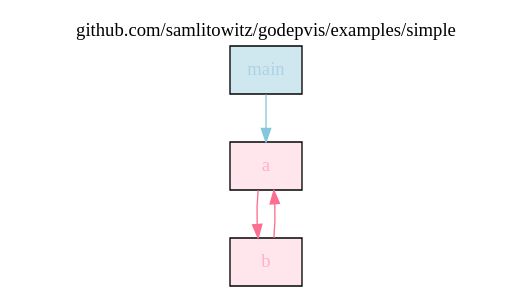
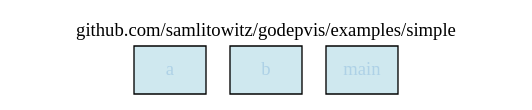
The diagram in assets/examples/simple-palette/package.dot (samlitowitz/godepvis), drawn with Graphviz before and after one commit. The commit also changed 28 other files, not shown here.

```diff
--- a/assets/examples/simple-palette/package.dot
+++ b/assets/examples/simple-palette/package.dot
@@ -1,13 +1,10 @@
 digraph {
 	labelloc="t";
 	label="github.com/samlitowitz/godepvis/examples/simple";
 	rankdir="TB";
 	node [shape="rect"];
 
-	"pkg_a" [label="a", style="filled", fontcolor="#ffb3c6", fillcolor="#ffe5ec"];
-	"pkg_b" [label="b", style="filled", fontcolor="#ffb3c6", fillcolor="#ffe5ec"];
+	"pkg_a" [label="a", style="filled", fontcolor="#aed1e6", fillcolor="#cfe8ef"];
+	"pkg_b" [label="b", style="filled", fontcolor="#aed1e6", fillcolor="#cfe8ef"];
 	"pkg_main" [label="main", style="filled", fontcolor="#aed1e6", fillcolor="#cfe8ef"];
-	"pkg_a" -> "pkg_b" [color="#fb6f92"];
-	"pkg_b" -> "pkg_a" [color="#fb6f92"];
-	"pkg_main" -> "pkg_a" [color="#85c7de"];
 }
```
